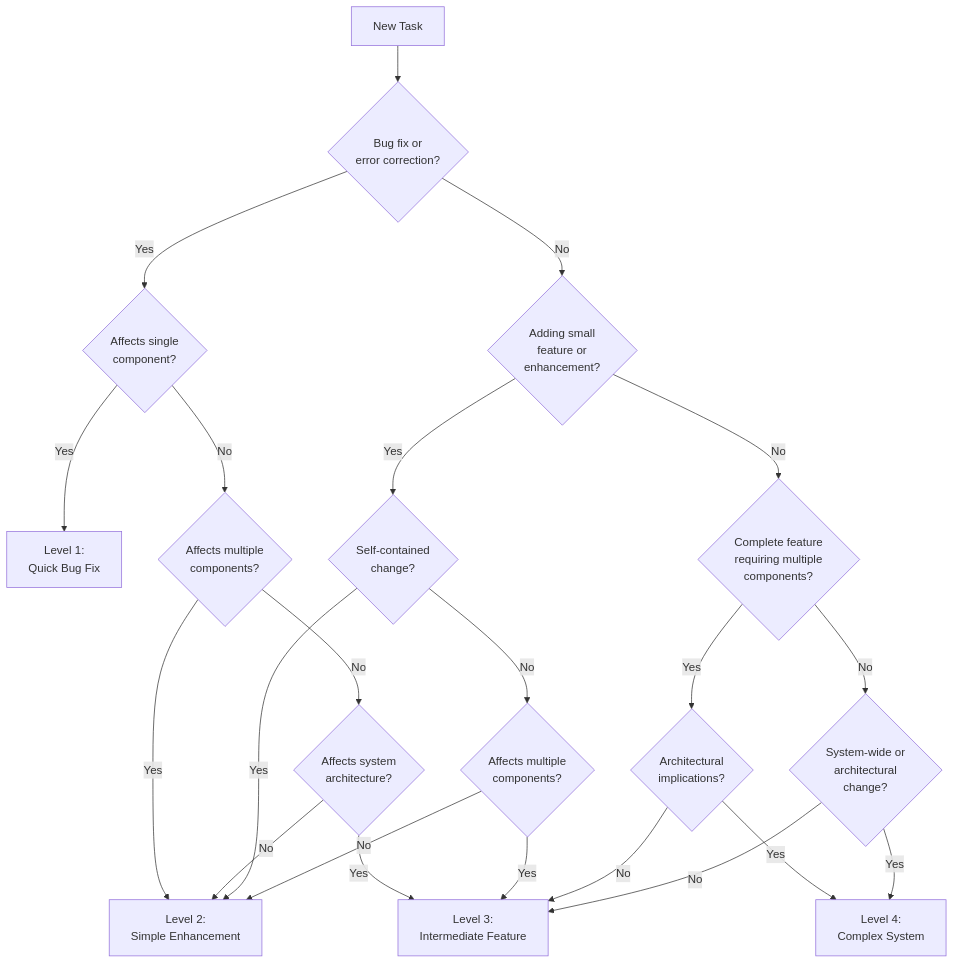
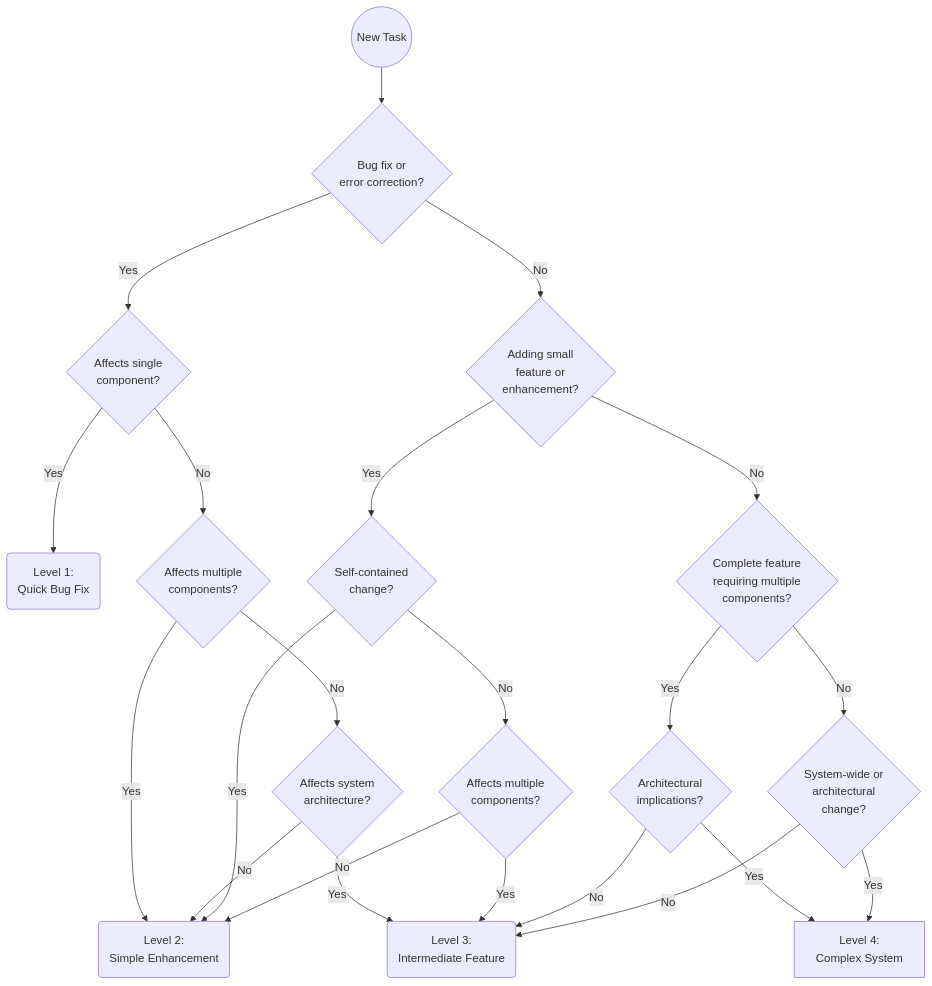
The diagram in rulesets/niko2/niko/core/complexity-analysis.mdc (Texarkanine/.cursor-rules), drawn with Mermaid before and after one commit. The commit also changed other lines of this file and 143 other files, not shown here.

````diff
--- a/rulesets/niko2/niko/core/complexity-analysis.mdc
+++ b/rulesets/niko2/niko/core/complexity-analysis.mdc
@@ -11,27 +23,27 @@
 ```mermaid
 graph TD
-    Start["New Task"] --> Q1{"Bug fix or<br>error correction?"}
+    Start(("New Task")) --> Q1{"Bug fix or<br>error correction?"}
     Q1 -->|Yes| Q1a{"Affects single<br>component?"}
-    Q1a -->|Yes| L1["Level 1:<br>Quick Bug Fix"]
+    Q1a -->|Yes| L1("Level 1:<br>Quick Bug Fix")
     Q1a -->|No| Q1b{"Affects multiple<br>components?"}
-    Q1b -->|Yes| L2["Level 2:<br>Simple Enhancement"]
+    Q1b -->|Yes| L2("Level 2:<br>Simple Enhancement")
     Q1b -->|No| Q1c{"Affects system<br>architecture?"}
-    Q1c -->|Yes| L3["Level 3:<br>Intermediate Feature"]
+    Q1c -->|Yes| L3("Level 3:<br>Intermediate Feature")
     Q1c -->|No| L2
 
     Q1 -->|No| Q2{"Adding small<br>feature or<br>enhancement?"}
     Q2 -->|Yes| Q2a{"Self-contained<br>change?"}
     Q2a -->|Yes| L2
     Q2a -->|No| Q2b{"Affects multiple<br>components?"}
     Q2b -->|Yes| L3
     Q2b -->|No| L2
 
     Q2 -->|No| Q3{"Complete feature<br>requiring multiple<br>components?"}
     Q3 -->|Yes| Q3a{"Architectural<br>implications?"}
     Q3a -->|Yes| L4["Level 4:<br>Complex System"]
     Q3a -->|No| L3
 
     Q3 -->|No| Q4{"System-wide or<br>architectural<br>change?"}
     Q4 -->|Yes| L4
     Q4 -->|No| L3
 ```
````
